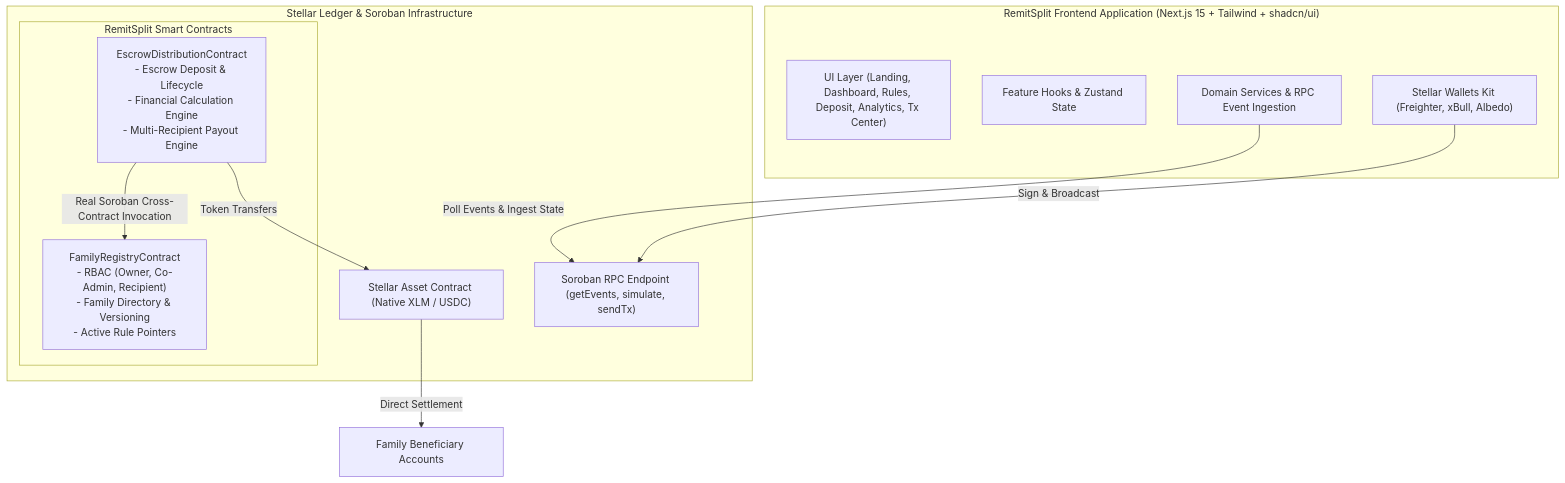
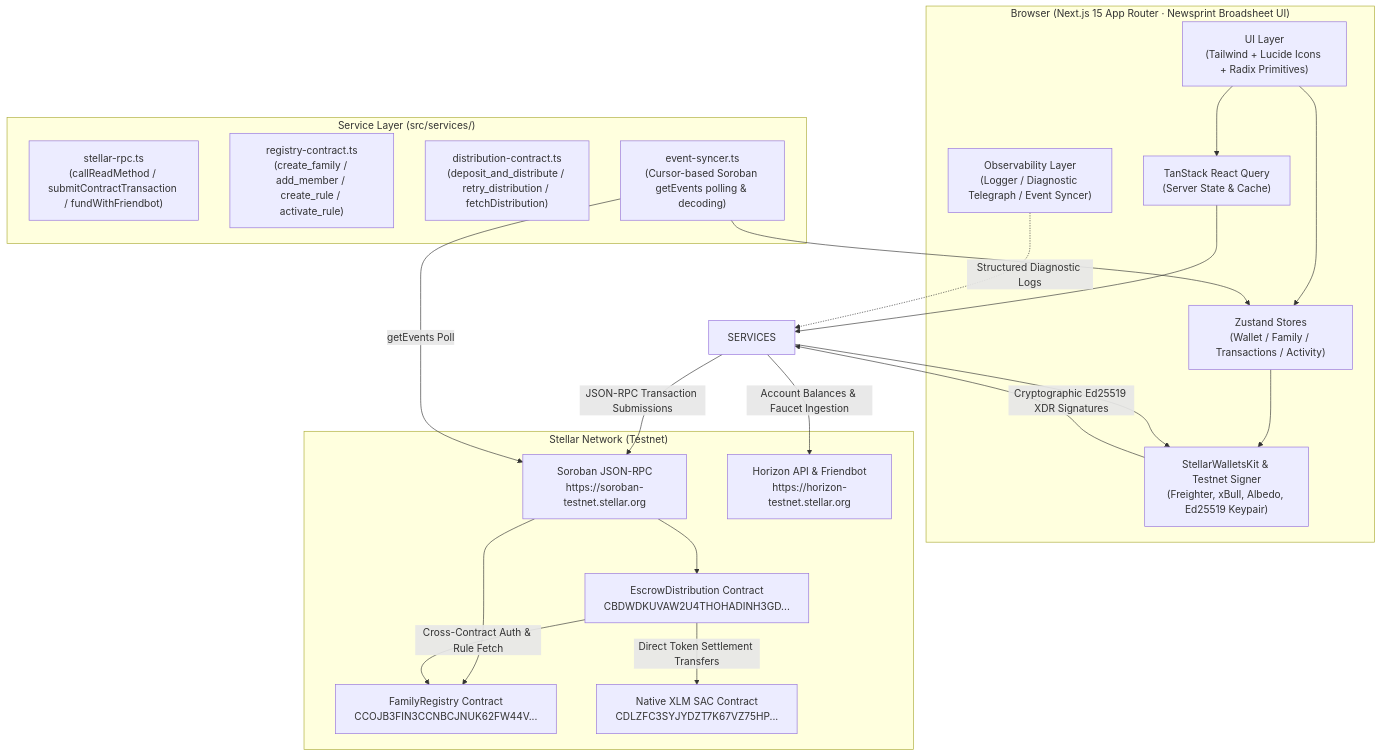
The first of 4 diagrams in README.md (Zulekha01/RemitSplit), drawn with Mermaid before and after one commit. The commit also changed other lines of this file, not shown here.

Commit message:
docs(readme): restructure documentation with comprehensive architecture, sequence diagrams, and protocol specifications

````diff
--- a/README.md
+++ b/README.md
@@ -37,25 +72,41 @@
 ```mermaid
-graph TB
-    subgraph DAPP["RemitSplit Frontend Application (Next.js 15 + Tailwind + shadcn/ui)"]
-        UI["UI Layer (Landing, Dashboard, Rules, Deposit, Analytics, Tx Center)"]
-        HOOKS["Feature Hooks & Zustand State"]
-        SERVICES["Domain Services & RPC Event Ingestion"]
-        WALLET["Stellar Wallets Kit (Freighter, xBull, Albedo)"]
+graph TD
+    subgraph Browser["Browser (Next.js 15 App Router · Newsprint Broadsheet UI)"]
+        UI["UI Layer\n(Tailwind + Lucide Icons + Radix Primitives)"]
+        RQ["TanStack React Query\n(Server State & Cache)"]
+        ZS["Zustand Stores\n(Wallet / Family / Transactions / Activity)"]
+        SWK["StellarWalletsKit & Testnet Signer\n(Freighter, xBull, Albedo, Ed25519 Keypair)"]
+        OBS["Observability Layer\n(Logger / Diagnostic Telegraph / Event Syncer)"]
     end
 
-    subgraph NETWORK["Stellar Ledger & Soroban Infrastructure"]
-        RPC["Soroban RPC Endpoint (getEvents, simulate, sendTx)"]
-        SAC["Stellar Asset Contract (Native XLM / USDC)"]
-        
-        subgraph CONTRACTS["RemitSplit Smart Contracts"]
-            REGISTRY["FamilyRegistryContract\n- RBAC (Owner, Co-Admin, Recipient)\n- Family Directory & Versioning\n- Active Rule Pointers"]
-            DISTRIBUTION["EscrowDistributionContract\n- Escrow Deposit & Lifecycle\n- Financial Calculation Engine\n- Multi-Recipient Payout Engine"]
-        end
+    subgraph Services["Service Layer (src/services/)"]
+        RPC_SRV["stellar-rpc.ts\n(callReadMethod / submitContractTransaction / fundWithFriendbot)"]
+        REG_SRV["registry-contract.ts\n(create_family / add_member / create_rule / activate_rule)"]
+        DIST_SRV["distribution-contract.ts\n(deposit_and_distribute / retry_distribution / fetchDistribution)"]
+        EVENT_SRV["event-syncer.ts\n(Cursor-based Soroban getEvents polling & decoding)"]
     end
 
-    WALLET -->|Sign & Broadcast| RPC
-    SERVICES -->|Poll Events & Ingest State| RPC
-    DISTRIBUTION -->|Real Soroban Cross-Contract Invocation| REGISTRY
-    DISTRIBUTION -->|Token Transfers| SAC
-    SAC -->|Direct Settlement| RECIPIENTS["Family Beneficiary Accounts"]
+    subgraph Stellar["Stellar Network (Testnet)"]
+        SOROBAN_RPC["Soroban JSON-RPC\nhttps://soroban-testnet.stellar.org"]
+        HORIZON["Horizon API & Friendbot\nhttps://horizon-testnet.stellar.org"]
+        FR["FamilyRegistry Contract\nCCOJB3FIN3CCNBCJNUK62FW44V..."]
+        ED["EscrowDistribution Contract\nCBDWDKUVAW2U4THOHADINH3GD..."]
+        SAC["Native XLM SAC Contract\nCDLZFC3SYJYDZT7K67VZ75HP..."]
+    end
+
+    UI --> RQ
+    UI --> ZS
+    ZS --> SWK
+    RQ --> SERVICES
+    SERVICES --> SWK
+    SWK -->|"Cryptographic Ed25519 XDR Signatures"| SERVICES
+    SERVICES -->|"JSON-RPC Transaction Submissions"| SOROBAN_RPC
+    SERVICES -->|"Account Balances & Faucet Ingestion"| HORIZON
+    SOROBAN_RPC --> FR
+    SOROBAN_RPC --> ED
+    ED -->|"Cross-Contract Auth & Rule Fetch"| FR
+    ED -->|"Direct Token Settlement Transfers"| SAC
+    EVENT_SRV -->|"getEvents Poll"| SOROBAN_RPC
+    EVENT_SRV --> ZS
+    OBS -.->|"Structured Diagnostic Logs"| SERVICES
 ```
````
